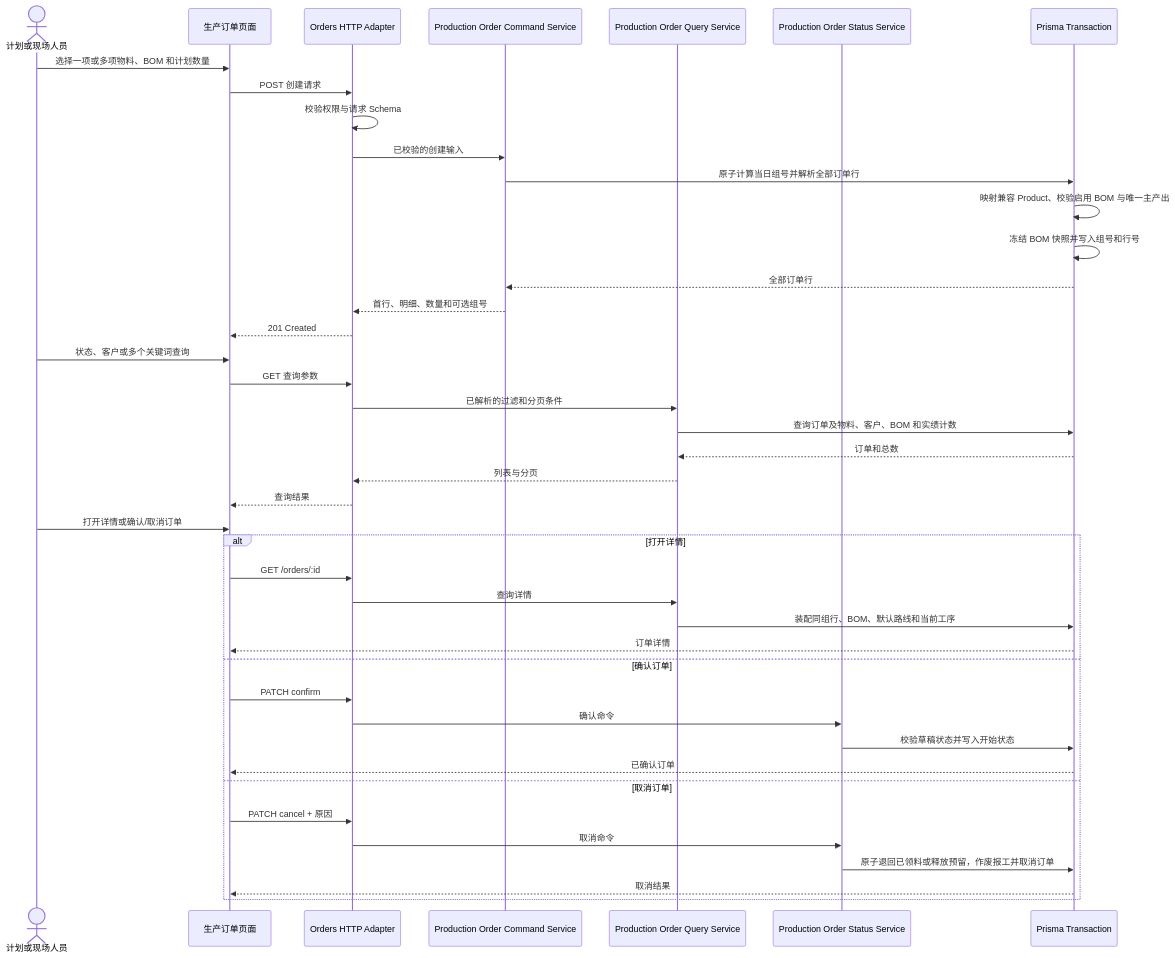
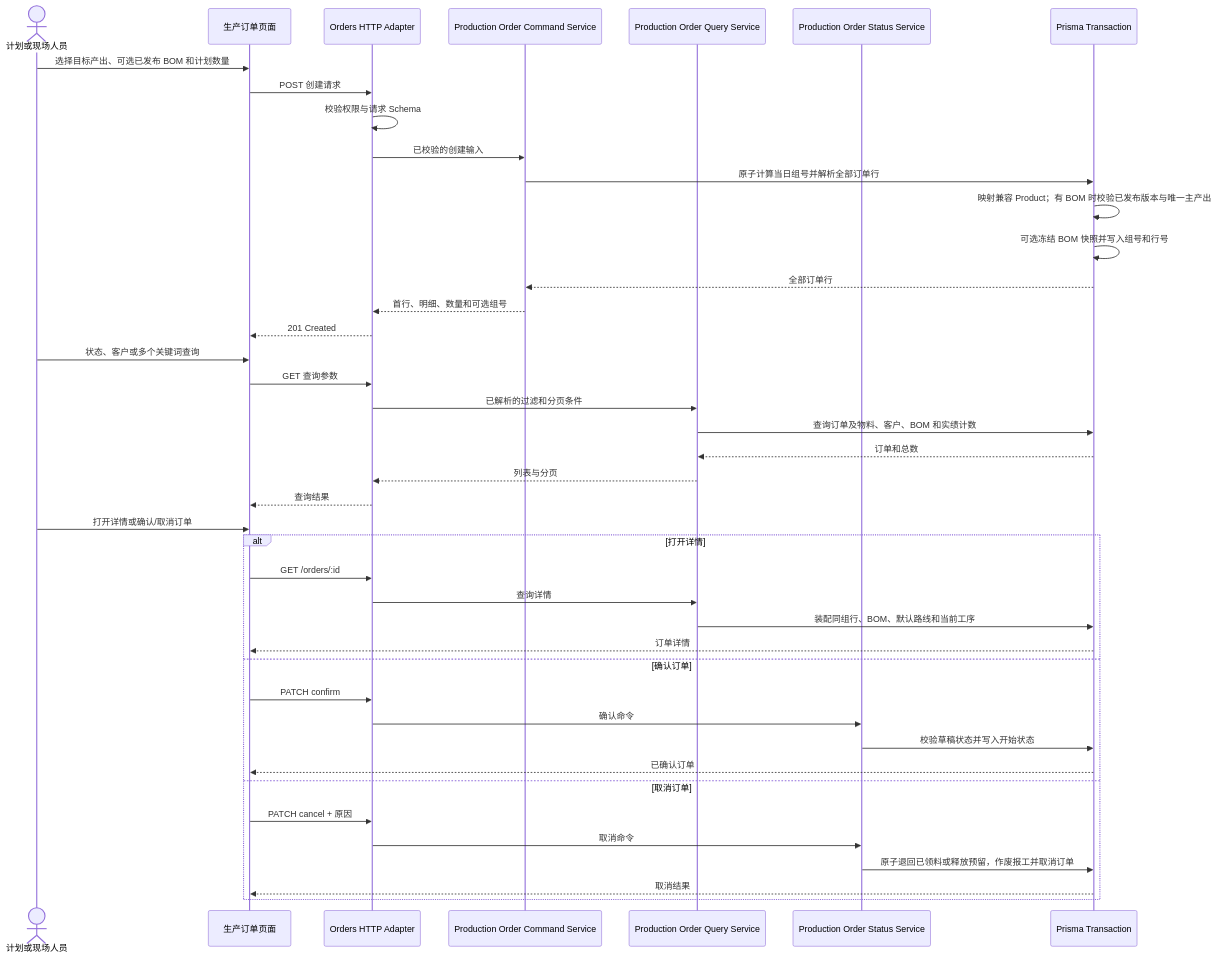
Before and after one commit to goldf2/mes-lite: the third of 30 diagrams in docs/architecture/系统时序图.md, drawn with Mermaid. The commit also changed 33 other files, not shown here.

````diff
--- a/docs/architecture/系统时序图.md
+++ b/docs/architecture/系统时序图.md
@@ -58,47 +58,47 @@
 ```mermaid
 sequenceDiagram
   actor U as 计划或现场人员
   participant UI as 生产订单页面
   participant API as Orders HTTP Adapter
   participant C as Production Order Command Service
   participant Q as Production Order Query Service
   participant S as Production Order Status Service
   participant DB as Prisma Transaction
 
-  U->>UI: 选择一项或多项物料、BOM 和计划数量
+  U->>UI: 选择目标产出、可选已发布 BOM 和计划数量
   UI->>API: POST 创建请求
   API->>API: 校验权限与请求 Schema
   API->>C: 已校验的创建输入
   C->>DB: 原子计算当日组号并解析全部订单行
-  DB->>DB: 映射兼容 Product、校验启用 BOM 与唯一主产出
-  DB->>DB: 冻结 BOM 快照并写入组号和行号
+  DB->>DB: 映射兼容 Product；有 BOM 时校验已发布版本与唯一主产出
+  DB->>DB: 可选冻结 BOM 快照并写入组号和行号
   DB-->>C: 全部订单行
   C-->>API: 首行、明细、数量和可选组号
   API-->>UI: 201 Created
 
   U->>UI: 状态、客户或多个关键词查询
   UI->>API: GET 查询参数
   API->>Q: 已解析的过滤和分页条件
   Q->>DB: 查询订单及物料、客户、BOM 和实绩计数
   DB-->>Q: 订单和总数
   Q-->>API: 列表与分页
   API-->>UI: 查询结果
 
   U->>UI: 打开详情或确认/取消订单
   alt 打开详情
     UI->>API: GET /orders/:id
     API->>Q: 查询详情
     Q->>DB: 装配同组行、BOM、默认路线和当前工序
     DB-->>UI: 订单详情
   else 确认订单
     UI->>API: PATCH confirm
     API->>S: 确认命令
     S->>DB: 校验草稿状态并写入开始状态
     DB-->>UI: 已确认订单
   else 取消订单
     UI->>API: PATCH cancel + 原因
     API->>S: 取消命令
     S->>DB: 原子退回已领料或释放预留，作废报工并取消订单
     DB-->>UI: 取消结果
   end
 ```
````
